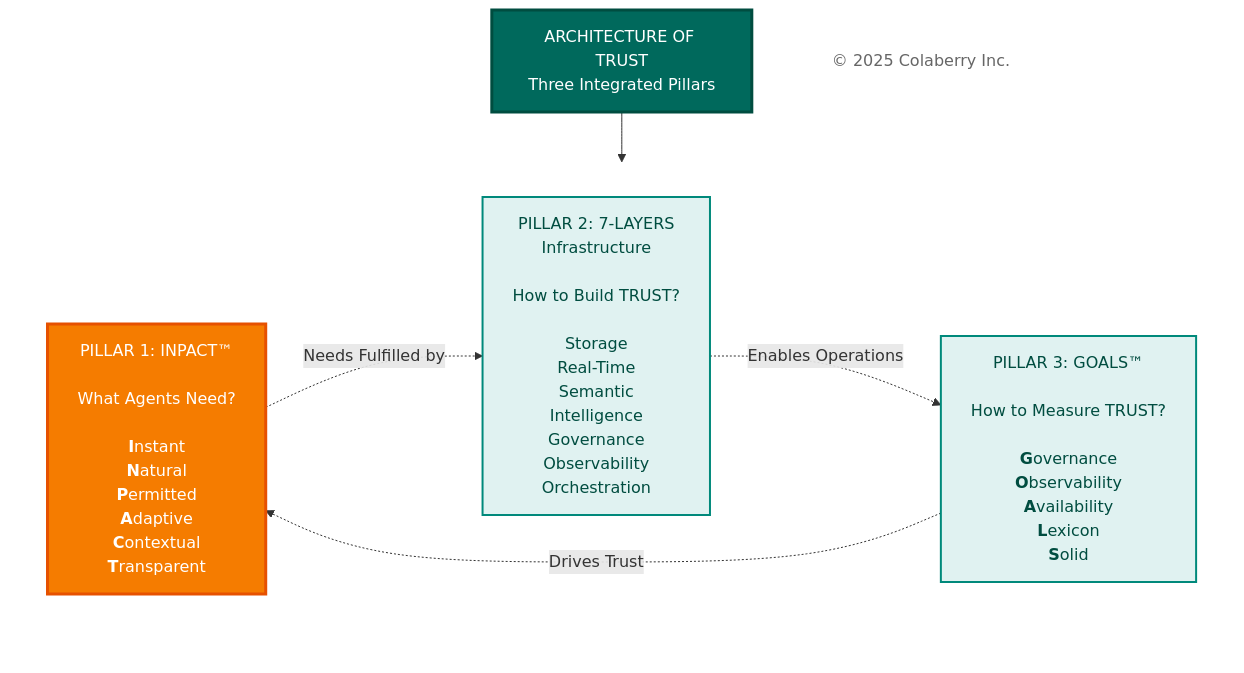
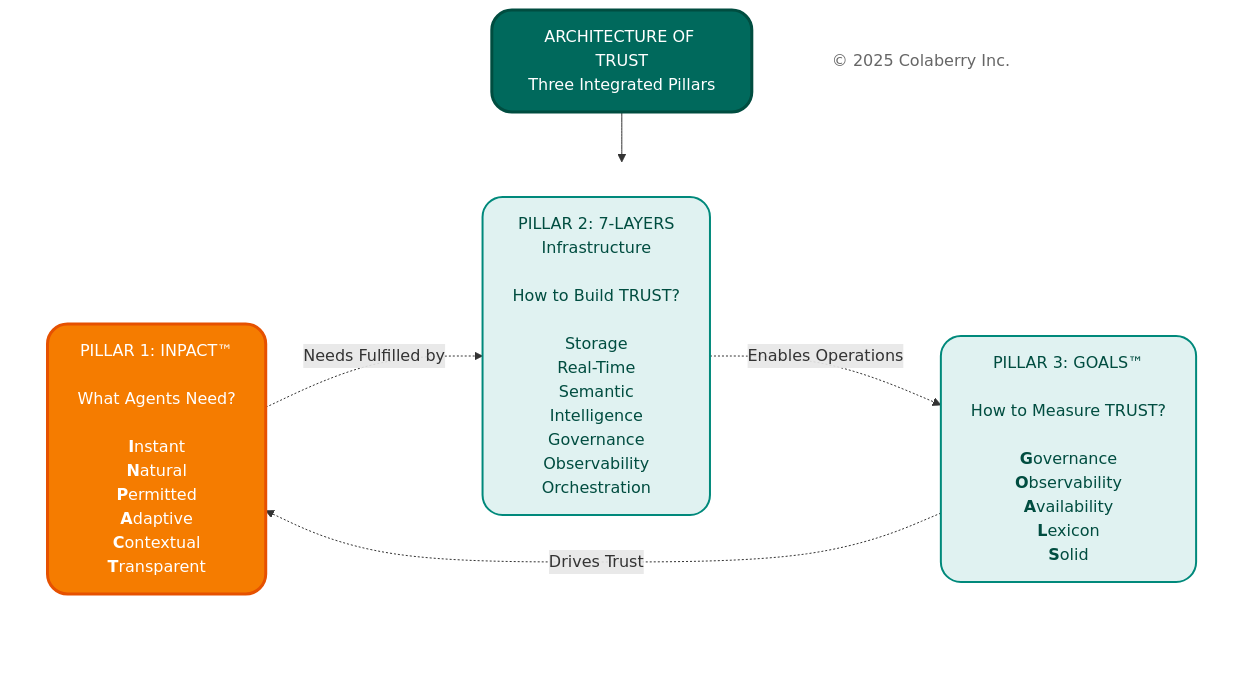
Before and after one commit to saitejesh-cyber/trust-before-intelligence-book: the second of 12 diagrams in manuscript/03_chapter_2_inpact_framework.md, drawn with Mermaid. The commit also changed other lines of this file, not shown here.

````diff
--- a/manuscript/03_chapter_2_inpact_framework.md
+++ b/manuscript/03_chapter_2_inpact_framework.md
@@ -71,33 +71,33 @@
 ```mermaid
 
 
 graph TB
     Title["ARCHITECTURE OF TRUST<br/>Three Integrated Pillars"]
     
     subgraph PILLARS[" "]
         direction LR
         INPACT["PILLAR 1: INPACT™<br/><br/>What Agents Need?<br/><br/><b>I</b>nstant<br/><b>N</b>atural<br/><b>P</b>ermitted<br/><b>A</b>daptive<br/><b>C</b>ontextual<br/><b>T</b>ransparent"]
         
         Layers["PILLAR 2: 7-LAYERS<br/>Infrastructure<br/><br/>How to Build TRUST?<br/><br/>Storage<br/>Real-Time<br/>Semantic<br/>Intelligence<br/>Governance<br/>Observability<br/>Orchestration"]
         
         GOALS["PILLAR 3: GOALS™<br/><br/>How to Measure TRUST?<br/><br/><b>G</b>overnance<br/><b>O</b>bservability<br/><b>A</b>vailability<br/><b>L</b>exicon<br/><b>S</b>olid"]
     end
     
     Copyright["© 2025 Colaberry Inc."]
     
     Title --> PILLARS
     
     INPACT -.->|"Needs Fulfilled by"| Layers
     Layers -.->|"Enables Operations"| GOALS
     GOALS -.->|"Drives Trust"| INPACT
     
-    style Title fill:#00695c,color:#ffffff,stroke:#004d40,stroke-width:3px
-    style PILLARS fill:none,stroke:none
-    style INPACT fill:#f57c00,stroke:#e65100,stroke-width:3px,color:#ffffff
-    style Layers fill:#e0f2f1,stroke:#00897b,stroke-width:2px,color:#004d40
-    style GOALS fill:#e0f2f1,stroke:#00897b,stroke-width:2px,color:#004d40
-    style Copyright fill:#ffffff,stroke:none,color:#666666
+    style Title fill:#00695c,color:#ffffff,stroke:#004d40,stroke-width:3px,rx:2O,ry:20
+    style PILLARS fill:none,stroke:none,rx:2O,ry:20
+    style INPACT fill:#f57c00,stroke:#e65100,stroke-width:3px,color:#ffffff,rx:2O,ry:20
+    style Layers fill:#e0f2f1,stroke:#00897b,stroke-width:2px,color:#004d40,rx:2O,ry:20
+    style GOALS fill:#e0f2f1,stroke:#00897b,stroke-width:2px,color:#004d40,rx:2O,ry:20
+    style Copyright fill:none,stroke:none,color:#666666
 
 
 
 ```
````
